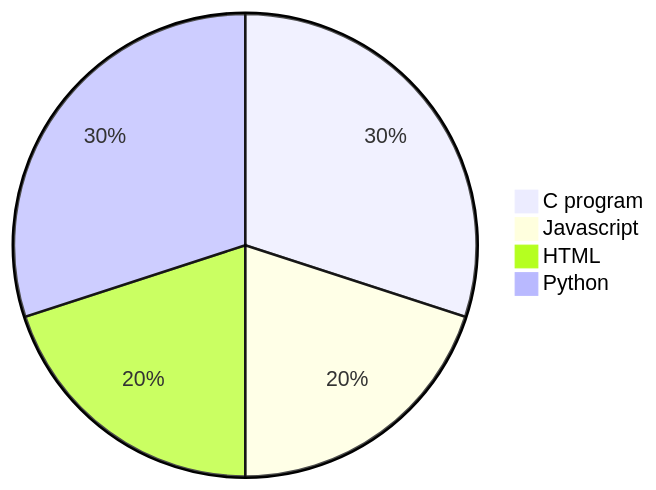
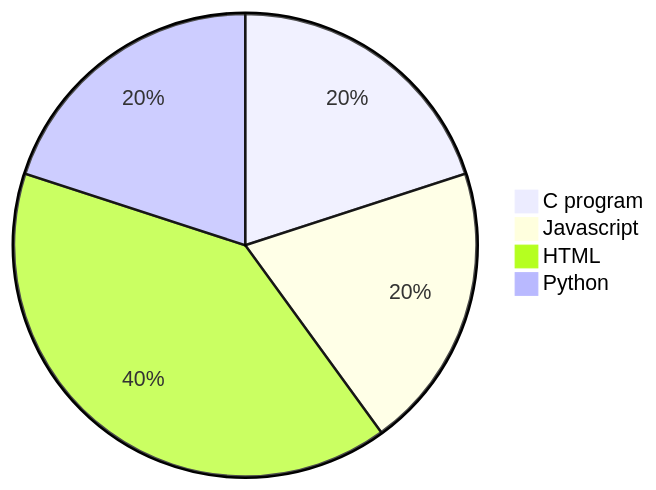
Before and after one commit to Kah-Hun-Tee/Kah-Hun-Tee: the diagram in README.md, drawn with Mermaid. The commit also changed other lines of this file, not shown here.

````diff
--- a/README.md
+++ b/README.md
@@ -28,7 +40,7 @@
 ```mermaid
 pie
-"C program" : 30
+"C program" : 20
 "Javascript" : 20
-"HTML" : 20
-"Python" : 30
+"HTML" : 40
+"Python" : 20
 ```
````
